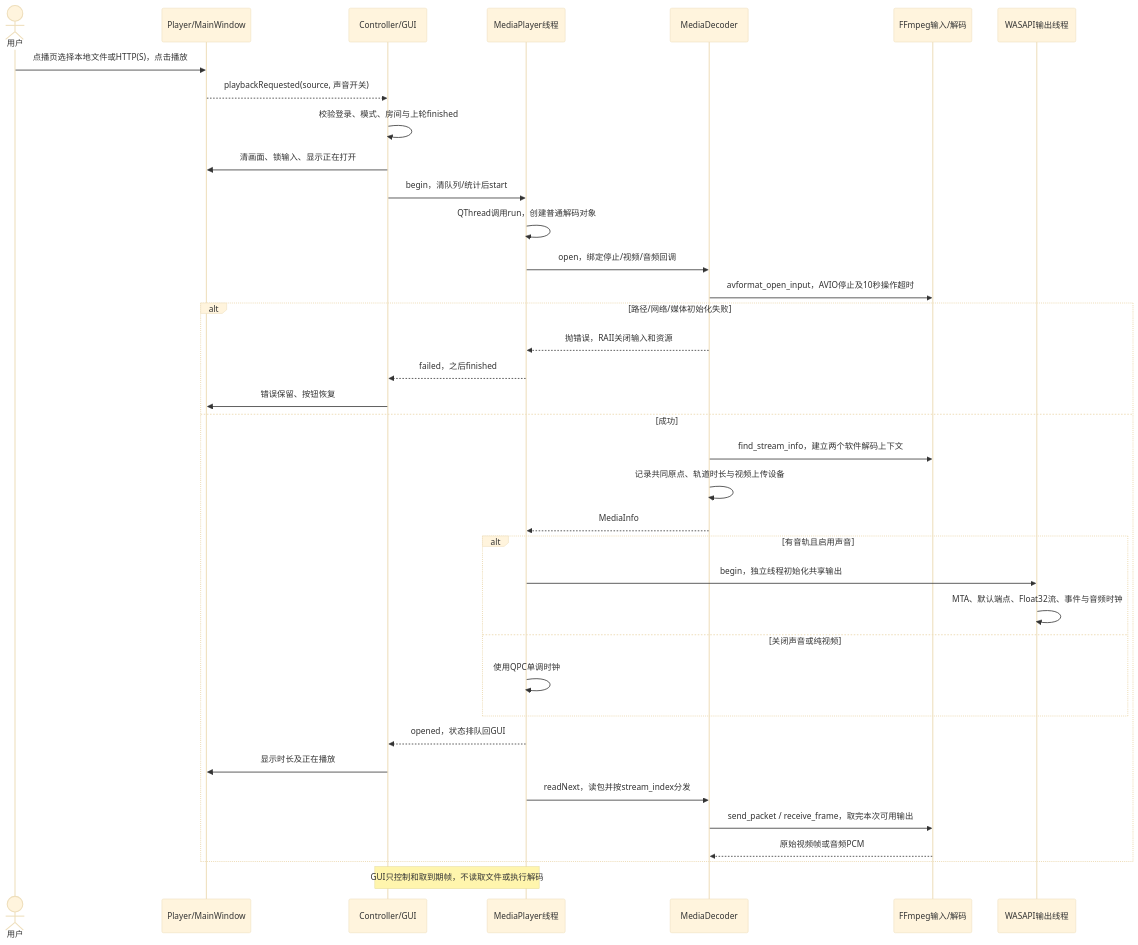
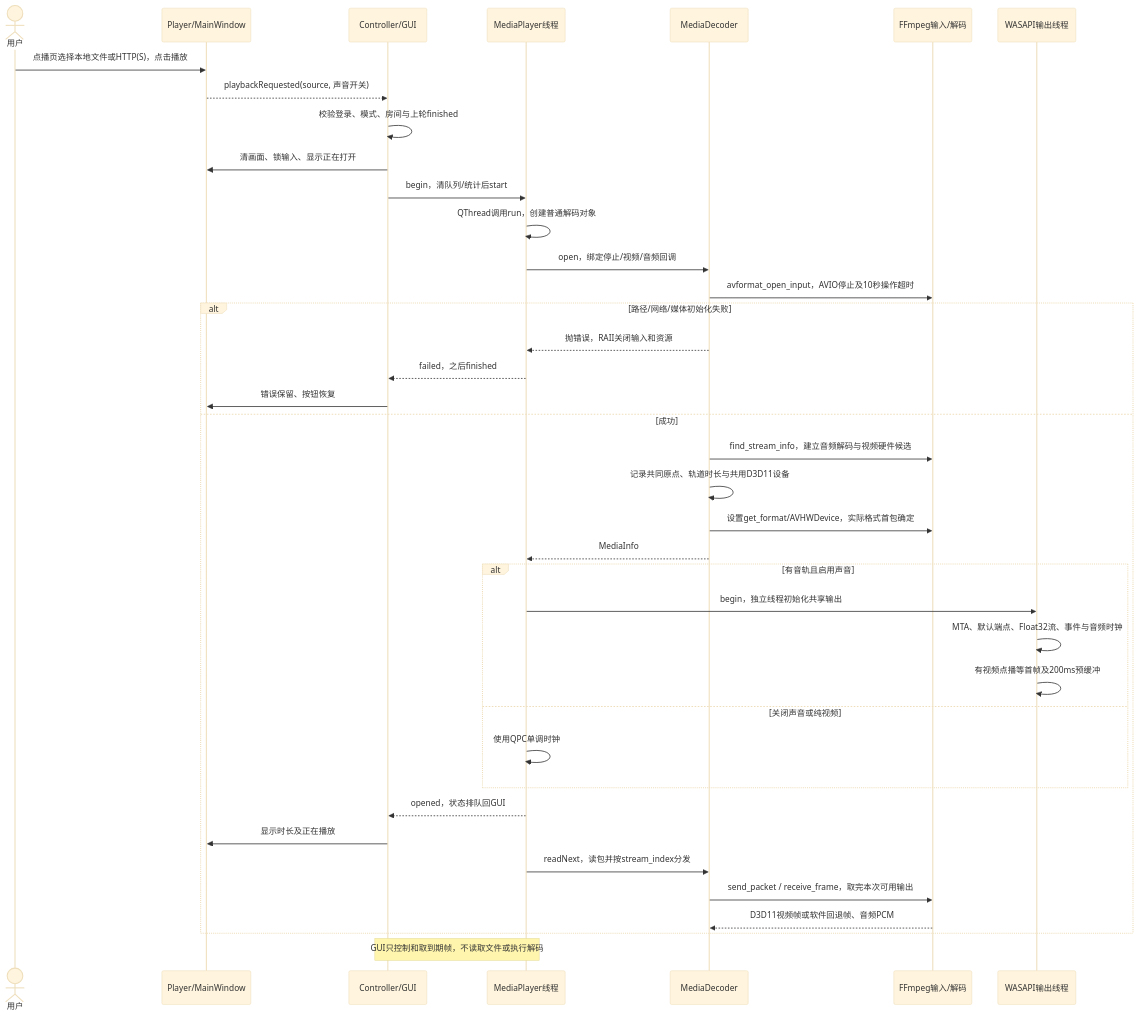
Before and after one commit to kingsman-svg/OBS: the diagram in docs/uml/vod-open.mmd, drawn with Mermaid (base theme). The commit also changed 38 other files, not shown here.

```diff
--- a/docs/uml/vod-open.mmd
+++ b/docs/uml/vod-open.mmd
@@ -1,37 +1,39 @@
 sequenceDiagram
 actor U as 用户
 participant V as Player/MainWindow
 participant C as Controller/GUI
 participant P as MediaPlayer线程
 participant D as MediaDecoder
 participant F as FFmpeg输入/解码
 participant A as WASAPI输出线程
 U->>V: 点播页选择本地文件或HTTP(S)，点击播放
 V-->>C: playbackRequested(source, 声音开关)
 C->>C: 校验登录、模式、房间与上轮finished
 C->>V: 清画面、锁输入、显示正在打开
 C->>P: begin，清队列/统计后start
 P->>P: QThread调用run，创建普通解码对象
 P->>D: open，绑定停止/视频/音频回调
 D->>F: avformat_open_input，AVIO停止及10秒操作超时
 alt 路径/网络/媒体初始化失败
 D-->>P: 抛错误，RAII关闭输入和资源
 P-->>C: failed，之后finished
 C->>V: 错误保留、按钮恢复
 else 成功
-D->>F: find_stream_info，建立两个软件解码上下文
-D->>D: 记录共同原点、轨道时长与视频上传设备
+D->>F: find_stream_info，建立音频解码与视频硬件候选
+D->>D: 记录共同原点、轨道时长与共用D3D11设备
+D->>F: 设置get_format/AVHWDevice，实际格式首包确定
 D-->>P: MediaInfo
 alt 有音轨且启用声音
 P->>A: begin，独立线程初始化共享输出
 A->>A: MTA、默认端点、Float32流、事件与音频时钟
+A->>A: 有视频点播等首帧及200ms预缓冲
 else 关闭声音或纯视频
 P->>P: 使用QPC单调时钟
 end
 P-->>C: opened，状态排队回GUI
 C->>V: 显示时长及正在播放
 P->>D: readNext，读包并按stream_index分发
 D->>F: send_packet / receive_frame，取完本次可用输出
-F-->>D: 原始视频帧或音频PCM
+F-->>D: D3D11视频帧或软件回退帧、音频PCM
 end
 Note over C,P: GUI只控制和取到期帧，不读取文件或执行解码
```
